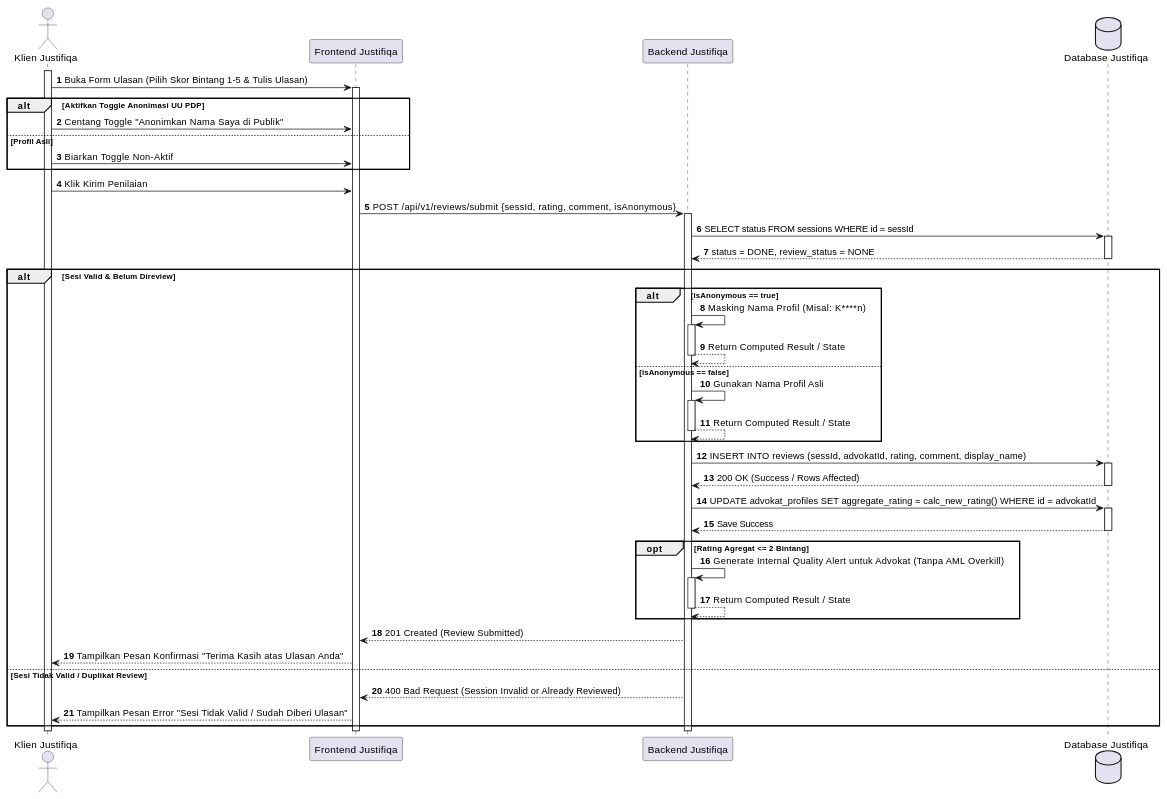
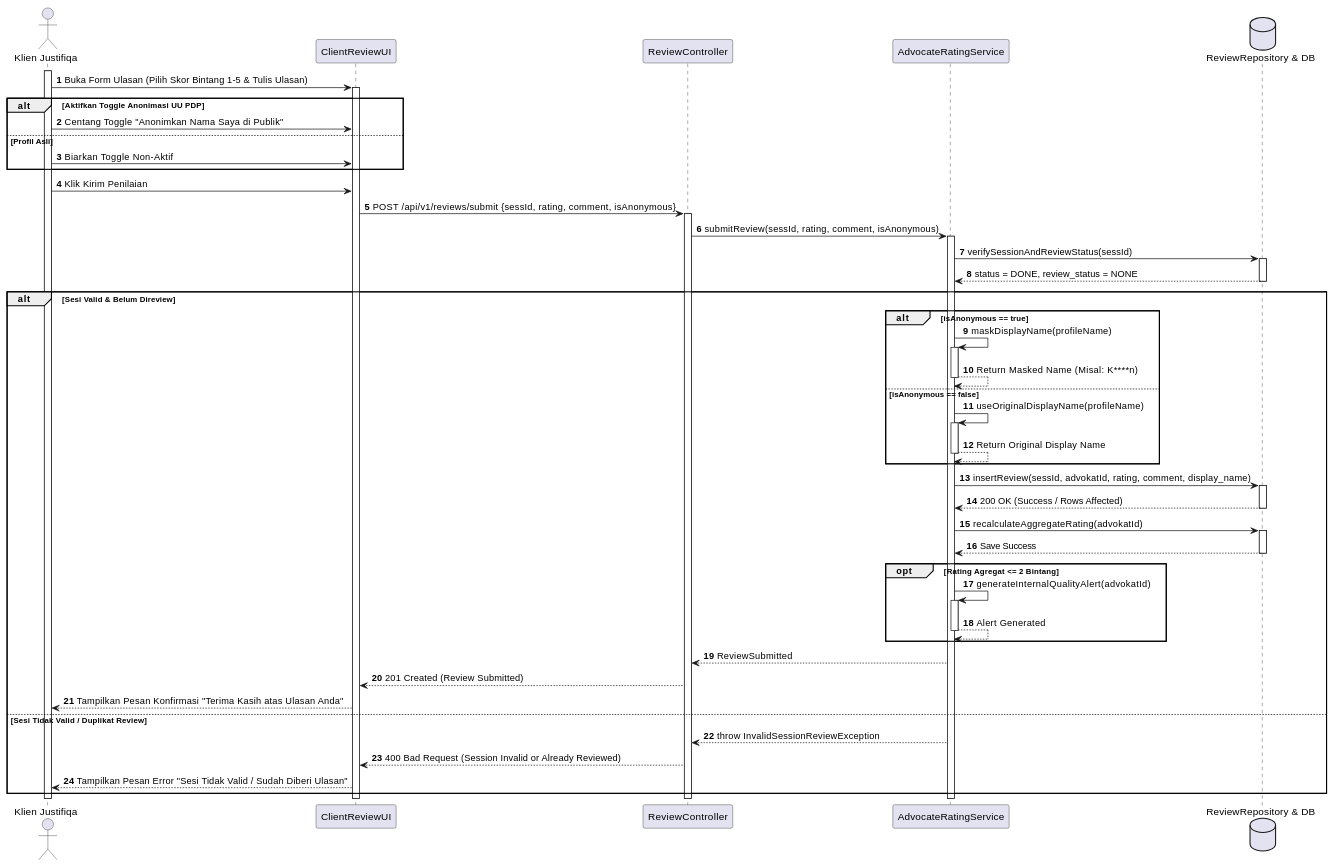
Diagram 13 of 28 in MarkDown/plantuml_sequence_diagrams.md (tupperwureism/SuperApp-Gagal), drawn with PlantUML before and after one commit. The commit also changed other lines of this file, not shown here.

Commit message:
refactor(uml): normalize Batch 3 sequence diagrams SD-J-11 to SD-J-20 to 5-lifeline BCE and zero-stacking activations

````diff
--- a/MarkDown/plantuml_sequence_diagrams.md
+++ b/MarkDown/plantuml_sequence_diagrams.md
@@ -1505,49 +1540,60 @@
 ```plantuml
 @startuml
 autonumber
 actor "Klien Justifiqa" as Klien
-participant "Frontend Justifiqa" as FE
-participant "Backend Justifiqa" as BE
-database "Database Justifiqa" as DB
+participant "ClientReviewUI" as FE
+participant "ReviewController" as CTRL
+participant "AdvocateRatingService" as SVC
+database "ReviewRepository & DB" as REPO
 
 activate Klien
 Klien -> FE ++ : Buka Form Ulasan (Pilih Skor Bintang 1-5 & Tulis Ulasan)
 alt Aktifkan Toggle Anonimasi UU PDP
     Klien -> FE : Centang Toggle "Anonimkan Nama Saya di Publik"
 else Profil Asli
     Klien -> FE : Biarkan Toggle Non-Aktif
 end
 Klien -> FE : Klik Kirim Penilaian
-FE -> BE ++ : POST /api/v1/reviews/submit {sessId, rating, comment, isAnonymous}
-BE -> DB ++ : SELECT status FROM sessions WHERE id = sessId
-DB --> BE -- : status = DONE, review_status = NONE
+FE -> CTRL ++ : POST /api/v1/reviews/submit {sessId, rating, comment, isAnonymous}
+CTRL -> SVC ++ : submitReview(sessId, rating, comment, isAnonymous)
+SVC -> REPO : verifySessionAndReviewStatus(sessId)
+activate REPO
+REPO --> SVC : status = DONE, review_status = NONE
+deactivate REPO
 
 alt Sesi Valid & Belum Direview
     alt isAnonymous == true
-        BE -> BE ++ : Masking Nama Profil (Misal: K****n)
-        BE --> BE -- : Return Computed Result / State
+        SVC -> SVC ++ : maskDisplayName(profileName)
+        SVC --> SVC -- : Return Masked Name (Misal: K****n)
     else isAnonymous == false
-        BE -> BE ++ : Gunakan Nama Profil Asli
-        BE --> BE -- : Return Computed Result / State
+        SVC -> SVC ++ : useOriginalDisplayName(profileName)
+        SVC --> SVC -- : Return Original Display Name
     end
-    BE -> DB ++ : INSERT INTO reviews (sessId, advokatId, rating, comment, display_name)
-    DB --> BE -- : 200 OK (Success / Rows Affected)
-    BE -> DB ++ : UPDATE advokat_profiles SET aggregate_rating = calc_new_rating() WHERE id = advokatId
-    DB --> BE -- : Save Success
+    SVC -> REPO : insertReview(sessId, advokatId, rating, comment, display_name)
+    activate REPO
+    REPO --> SVC : 200 OK (Success / Rows Affected)
+    deactivate REPO
+    SVC -> REPO : recalculateAggregateRating(advokatId)
+    activate REPO
+    REPO --> SVC : Save Success
+    deactivate REPO
     
     opt Rating Agregat <= 2 Bintang
-        BE -> BE ++ : Generate Internal Quality Alert untuk Advokat (Tanpa AML Overkill)
-        BE --> BE -- : Return Computed Result / State
+        SVC -> SVC ++ : generateInternalQualityAlert(advokatId)
+        SVC --> SVC -- : Alert Generated
     end
     
-    BE --> FE : 201 Created (Review Submitted)
+    SVC --> CTRL : ReviewSubmitted
+    CTRL --> FE : 201 Created (Review Submitted)
     FE --> Klien : Tampilkan Pesan Konfirmasi "Terima Kasih atas Ulasan Anda"
 else Sesi Tidak Valid / Duplikat Review
-    BE --> FE : 400 Bad Request (Session Invalid or Already Reviewed)
+    SVC --> CTRL : throw InvalidSessionReviewException
+    CTRL --> FE : 400 Bad Request (Session Invalid or Already Reviewed)
     FE --> Klien : Tampilkan Pesan Error "Sesi Tidak Valid / Sudah Diberi Ulasan"
 end
-deactivate BE
+deactivate SVC
+deactivate CTRL
 deactivate FE
 deactivate Klien
 @enduml
 ```
````
